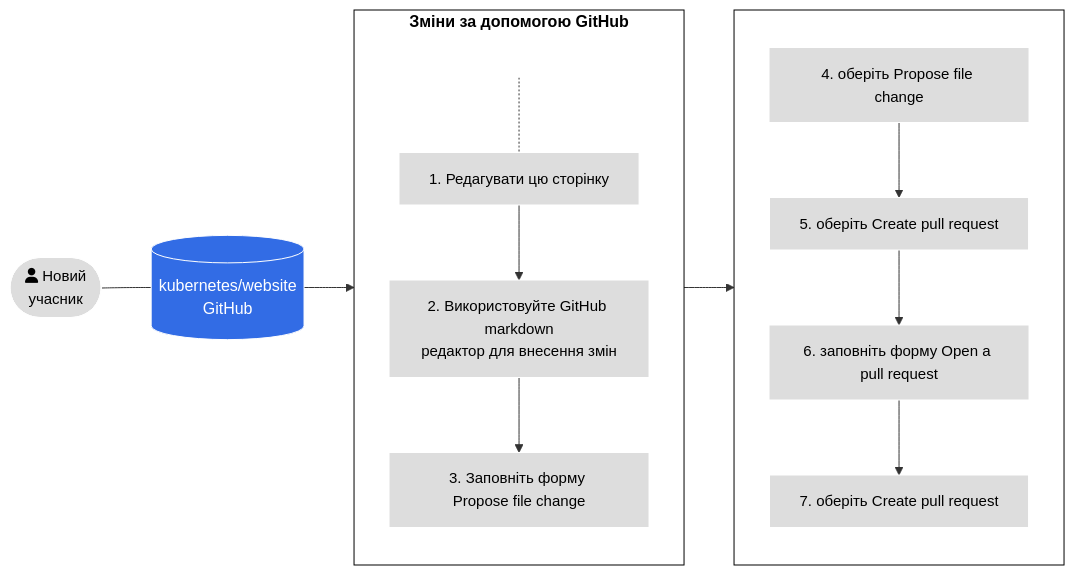
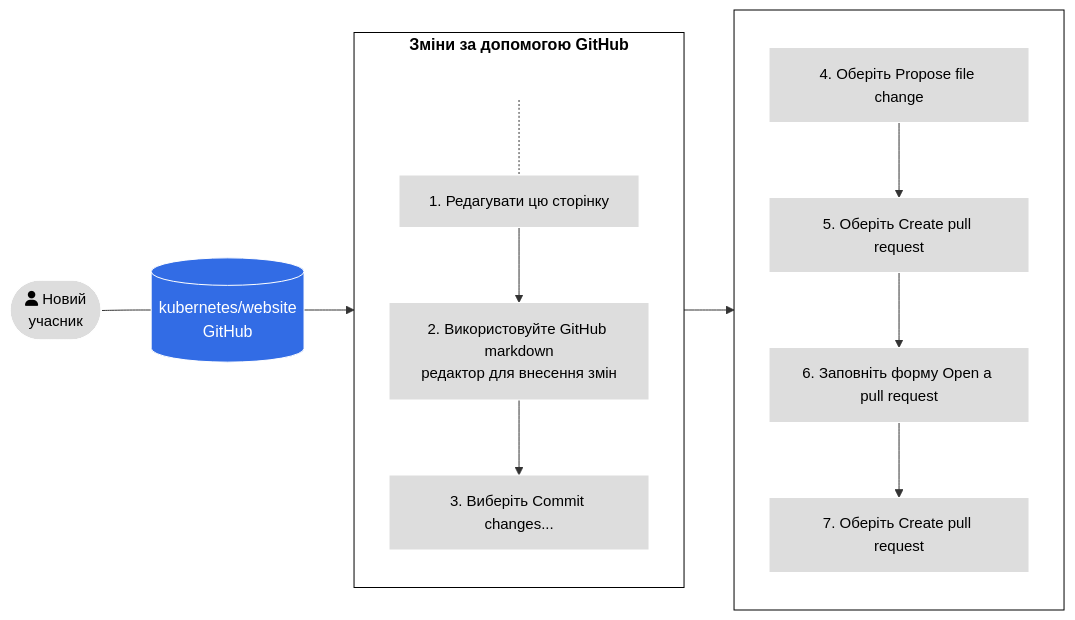
The first of 3 diagrams in content/uk/docs/contribute/new-content/open-a-pr.md (kubernetes/website), drawn with Mermaid before and after one commit. The commit also changed other lines of this file and 24 other files, not shown here.

```diff
--- a/content/uk/docs/contribute/new-content/open-a-pr.md
+++ b/content/uk/docs/contribute/new-content/open-a-pr.md
@@ -31,27 +31,27 @@
 {{< mermaid >}}
 flowchart LR
 A([fa:fa-user Новий<br>учасник]) --- id1[(kubernetes/website<br>GitHub)]
 subgraph tasks[Зміни за допомогою GitHub]
 direction TB
     0[ ] -.-
     1[1. Редагувати цю сторінку] --> 2[2. Використовуйте GitHub markdown<br>редактор для внесення змін]
-    2 --> 3[3. Заповніть форму Propose file change]
+    2 --> 3[3. Виберіть Commit changes...]
 
 end
 subgraph tasks2[ ]
 direction TB
-4[4. оберіть Propose file change] --> 5[5. оберіть Create pull request] --> 6[6. заповніть форму Open a pull request]
-6 --> 7[7. оберіть Create pull request]
+4[4. Оберіть Propose file change] --> 5[5. Оберіть Create pull request] --> 6[6. Заповніть форму Open a pull request]
+6 --> 7[7. Оберіть Create pull request]
 end
 
 id1 --> tasks --> tasks2
 
 classDef grey fill:#dddddd,stroke:#ffffff,stroke-width:px,color:#000000, font-size:15px;
 classDef white fill:#ffffff,stroke:#000,stroke-width:px,color:#000,font-weight:bold
 classDef k8s fill:#326ce5,stroke:#fff,stroke-width:1px,color:#fff;
 classDef spacewhite fill:#ffffff,stroke:#fff,stroke-width:0px,color:#000
 class A,1,2,3,4,5,6,7 grey
 class 0 spacewhite
 class tasks,tasks2 white
 class id1 k8s
 {{</ mermaid >}}
```
